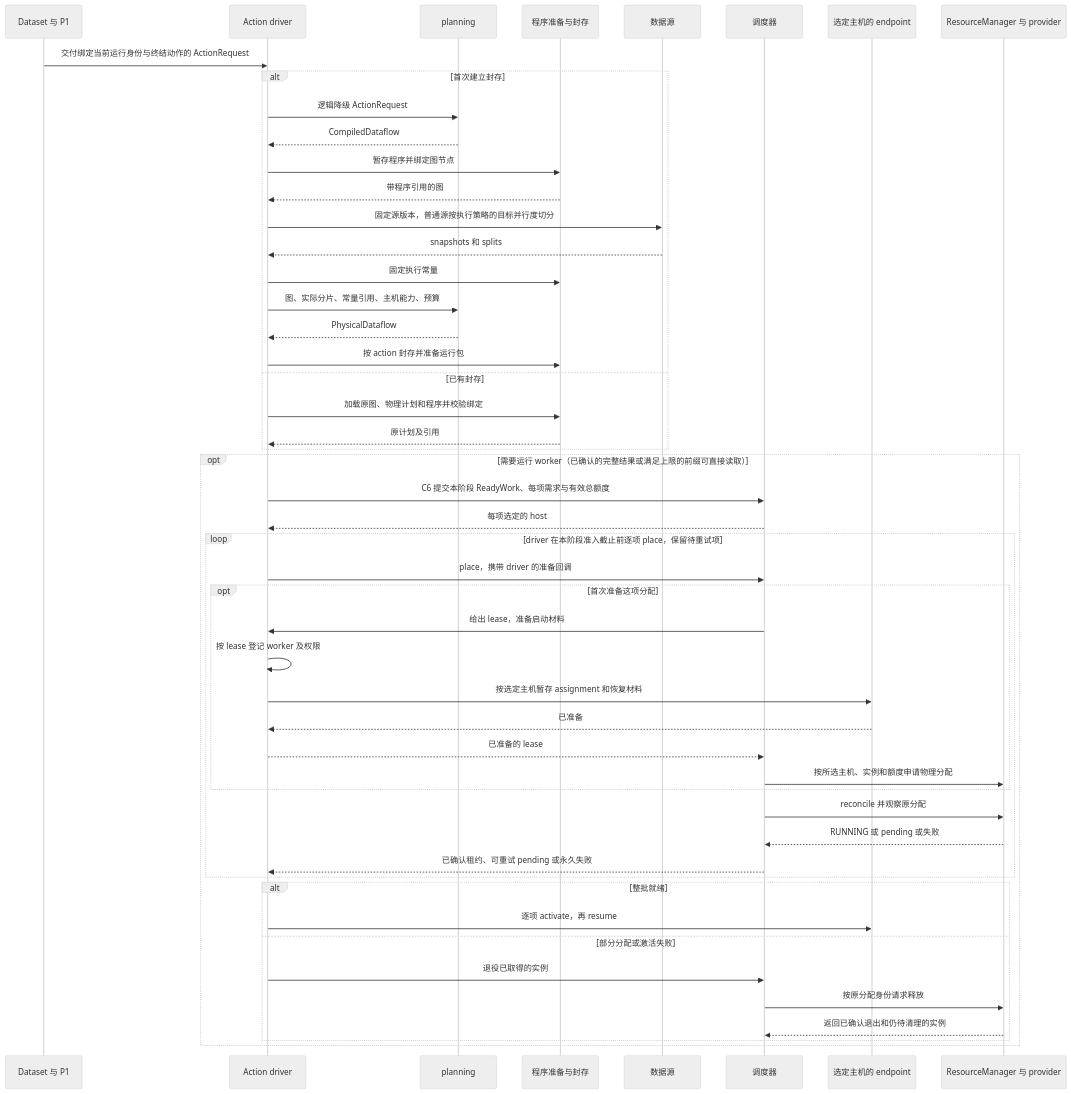
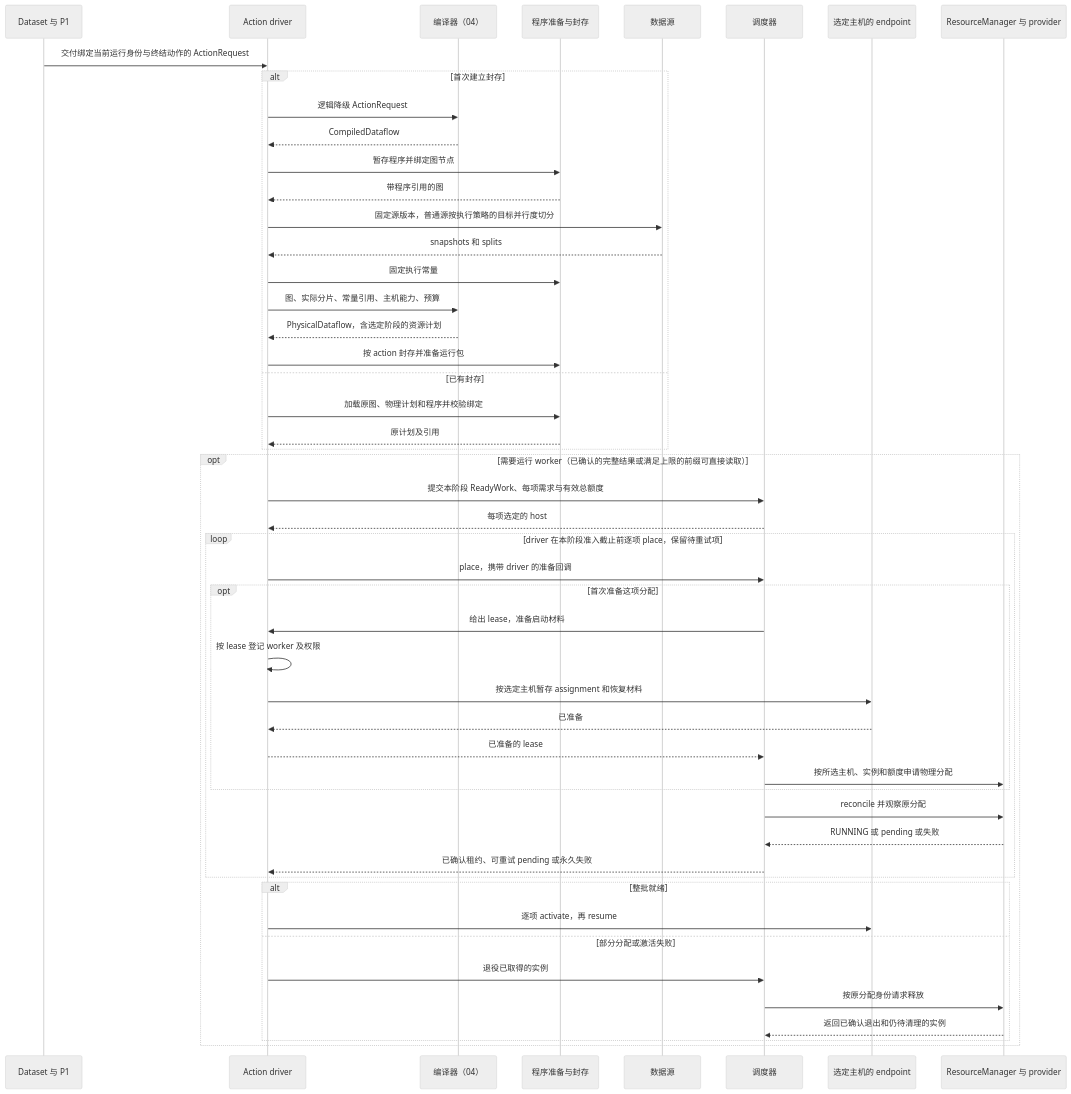
One commit to vincent9299/demiflow changed diagram 12 of 14 in docs/demiflow-architecture.md. Above: the diagram before and after it, drawn with Mermaid (neutral theme). The commit also changed other lines of this file, not shown here.

Commit message:
Organize architecture into numbered responsibilities and linked sequence diagrams

````diff
--- a/docs/demiflow-architecture.md
+++ b/docs/demiflow-architecture.md
@@ -483,52 +456,52 @@
 ```mermaid
 sequenceDiagram
     participant A as Dataset 与 P1
     participant D as Action driver
-    participant P as planning
+    participant P as 编译器（04）
     participant F as 程序准备与封存
     participant S as 数据源
     participant Q as 调度器
     participant H as 选定主机的 endpoint
     participant R as ResourceManager 与 provider
     A->>D: 交付绑定当前运行身份与终结动作的 ActionRequest
     alt 首次建立封存
         D->>P: 逻辑降级 ActionRequest
         P-->>D: CompiledDataflow
         D->>F: 暂存程序并绑定图节点
         F-->>D: 带程序引用的图
         D->>S: 固定源版本，普通源按执行策略的目标并行度切分
         S-->>D: snapshots 和 splits
         D->>F: 固定执行常量
         D->>P: 图、实际分片、常量引用、主机能力、预算
-        P-->>D: PhysicalDataflow
+        P-->>D: PhysicalDataflow，含选定阶段的资源计划
         D->>F: 按 action 封存并准备运行包
     else 已有封存
         D->>F: 加载原图、物理计划和程序并校验绑定
         F-->>D: 原计划及引用
     end
     opt 需要运行 worker（已确认的完整结果或满足上限的前缀可直接读取）
-        D->>Q: C6 提交本阶段 ReadyWork、每项需求与有效总额度
+        D->>Q: 提交本阶段 ReadyWork、每项需求与有效总额度
         Q-->>D: 每项选定的 host
         loop driver 在本阶段准入截止前逐项 place，保留待重试项
             D->>Q: place，携带 driver 的准备回调
             opt 首次准备这项分配
                 Q->>D: 给出 lease，准备启动材料
                 D->>D: 按 lease 登记 worker 及权限
                 D->>H: 按选定主机暂存 assignment 和恢复材料
                 H-->>D: 已准备
                 D-->>Q: 已准备的 lease
                 Q->>R: 按所选主机、实例和额度申请物理分配
             end
             Q->>R: reconcile 并观察原分配
             R-->>Q: RUNNING 或 pending 或失败
             Q-->>D: 已确认租约、可重试 pending 或永久失败
         end
         alt 整批就绪
             D->>H: 逐项 activate，再 resume
         else 部分分配或激活失败
             D->>Q: 退役已取得的实例
             Q->>R: 按原分配身份请求释放
             R-->>Q: 返回已确认退出和仍待清理的实例
         end
     end
 ```
````
